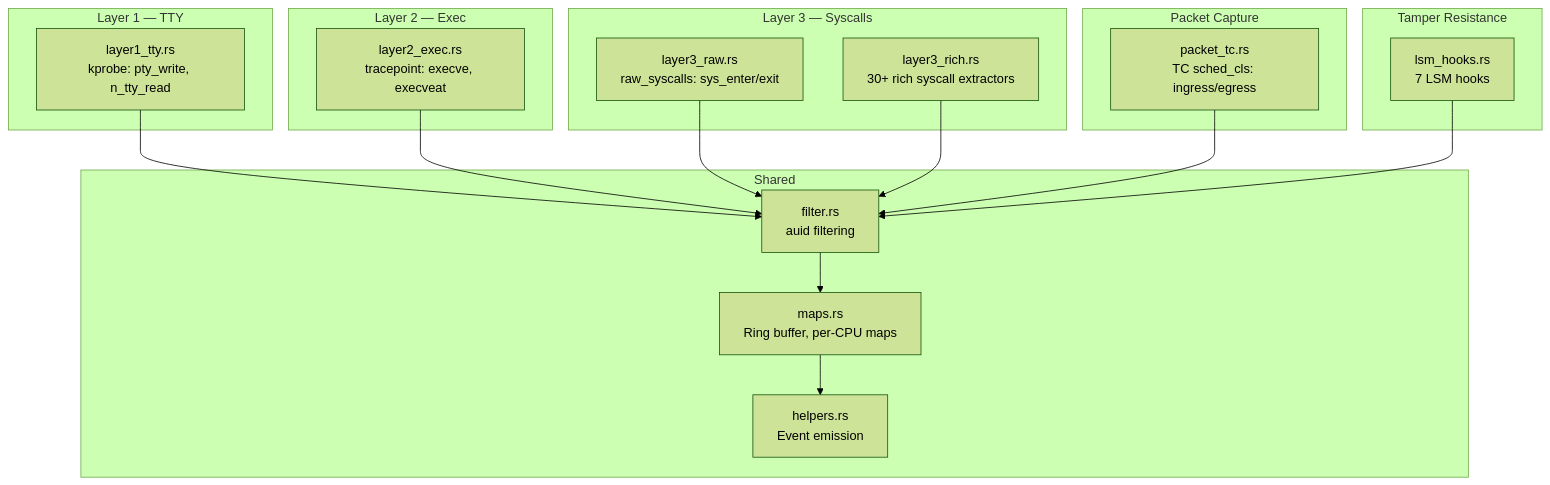
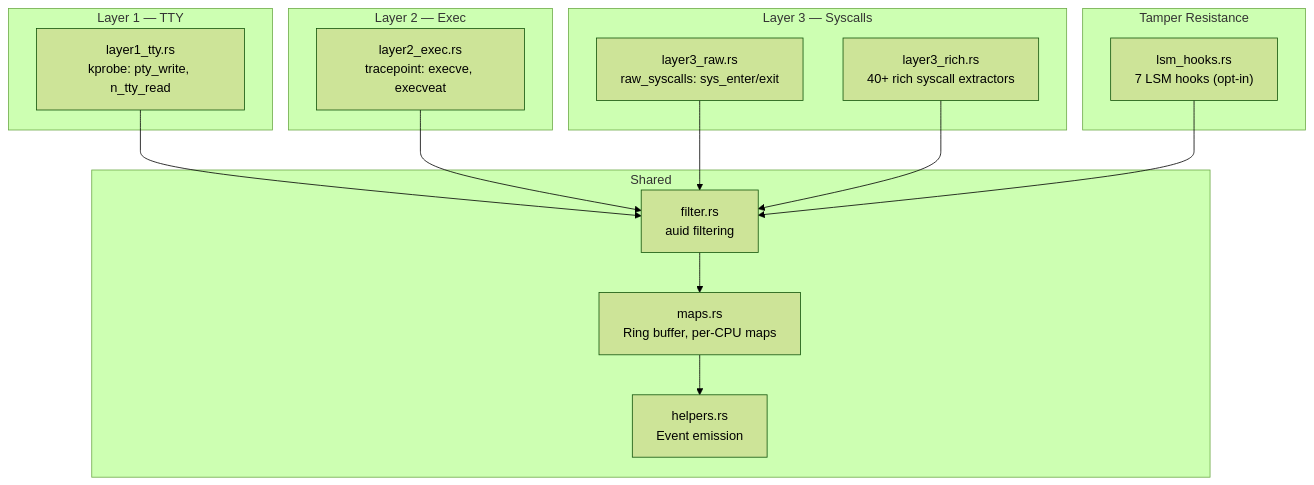
Before and after one commit to abyss0-dev/bloodhound: the diagram in bloodhound-ebpf/README.md, drawn with Mermaid (forest theme). The commit also changed other lines of this file and 41 other files, not shown here.

````diff
--- a/bloodhound-ebpf/README.md
+++ b/bloodhound-ebpf/README.md
@@ -7,28 +7,25 @@
 ```mermaid
 graph TD
     subgraph "Layer 1 — TTY"
         TTY["layer1_tty.rs<br/>kprobe: pty_write, n_tty_read"]
     end
     subgraph "Layer 2 — Exec"
         EXEC["layer2_exec.rs<br/>tracepoint: execve, execveat"]
     end
     subgraph "Layer 3 — Syscalls"
         RAW["layer3_raw.rs<br/>raw_syscalls: sys_enter/exit"]
-        RICH["layer3_rich.rs<br/>30+ rich syscall extractors"]
-    end
-    subgraph "Packet Capture"
-        TC["packet_tc.rs<br/>TC sched_cls: ingress/egress"]
+        RICH["layer3_rich.rs<br/>40+ rich syscall extractors"]
     end
     subgraph "Tamper Resistance"
-        LSM["lsm_hooks.rs<br/>7 LSM hooks"]
+        LSM["lsm_hooks.rs<br/>7 LSM hooks (opt-in)"]
     end
     subgraph "Shared"
         FILTER["filter.rs<br/>auid filtering"]
         MAPS["maps.rs<br/>Ring buffer, per-CPU maps"]
         HELPERS["helpers.rs<br/>Event emission"]
     end
 
-    TTY & EXEC & RAW & RICH & TC & LSM --> FILTER
+    TTY & EXEC & RAW & RICH & LSM --> FILTER
     FILTER --> MAPS
     MAPS --> HELPERS
 ```
````
